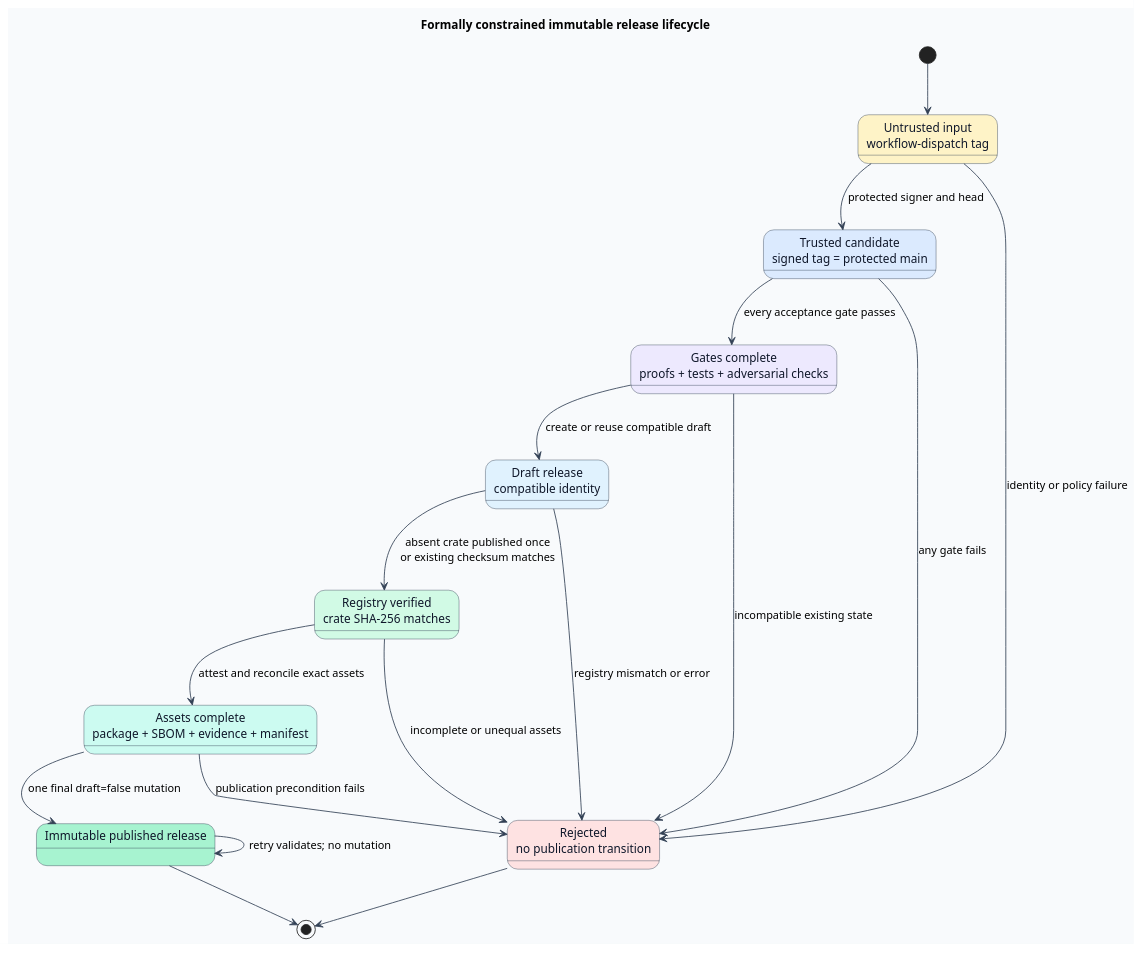
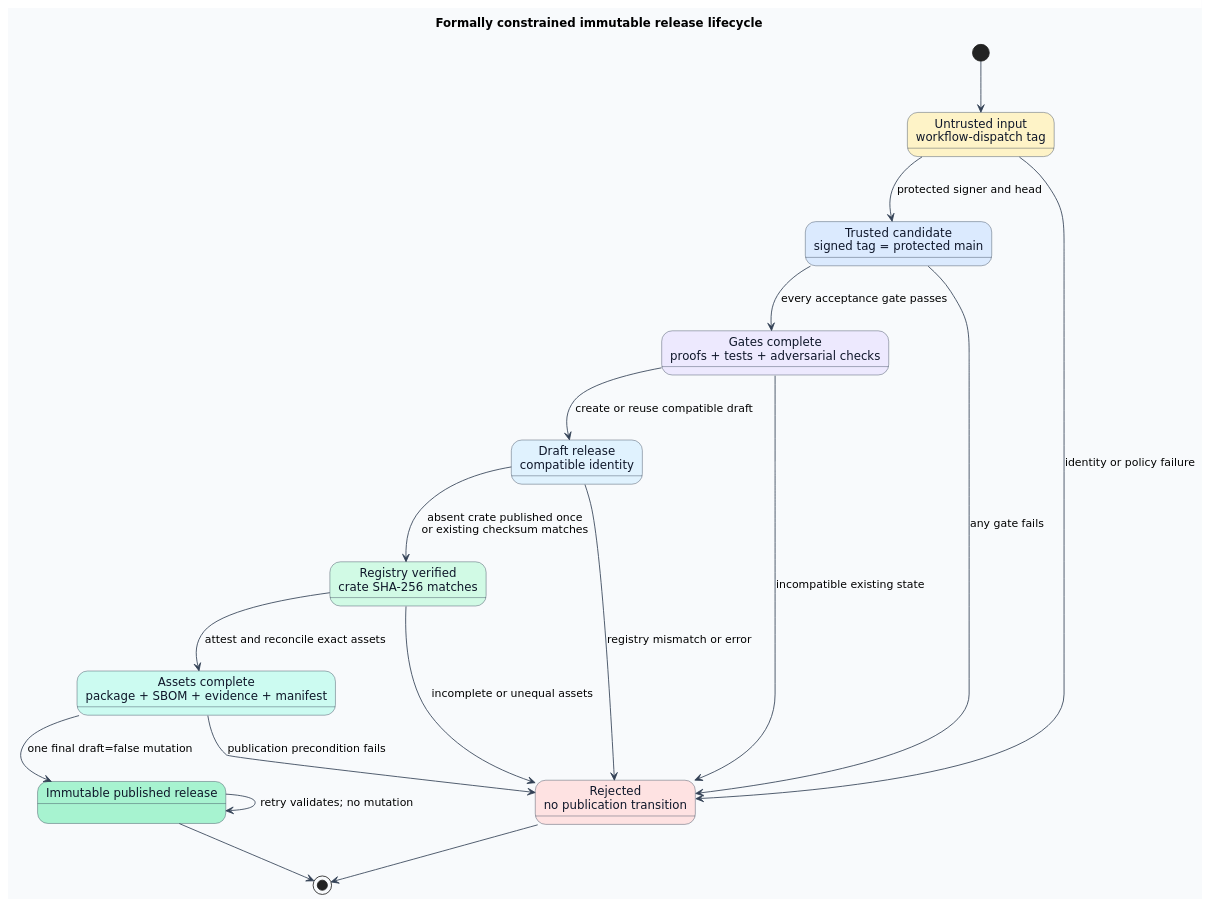
The diagram in docs/diagrams/release-machine.puml (vinary-tree/libvgraph-interop), drawn with PlantUML before and after one commit. The commit also changed 3 other files, not shown here.

Commit message:
docs: pin deterministic diagram font

```diff
--- a/docs/diagrams/release-machine.puml
+++ b/docs/diagrams/release-machine.puml
@@ -1,37 +1,38 @@
 @startuml release-machine
 title Formally constrained immutable release lifecycle
 skinparam backgroundColor #F8FAFC
 skinparam shadowing false
+skinparam defaultFontName DejaVu Sans
 skinparam state {
   BackgroundColor #E0F2FE
   BorderColor #334155
   FontColor #0F172A
   ArrowColor #334155
 }
 
 state "Untrusted input\nworkflow-dispatch tag" as Input #FEF3C7
 state "Trusted candidate\nsigned tag = protected main" as Trusted #DBEAFE
 state "Gates complete\nproofs + tests + adversarial checks" as Gated #EDE9FE
 state "Draft release\ncompatible identity" as Draft #E0F2FE
 state "Registry verified\ncrate SHA-256 matches" as Registry #D1FAE5
 state "Assets complete\npackage + SBOM + evidence + manifest" as Assets #CCFBF1
 state "Immutable published release" as Published #A7F3D0
 state "Rejected\nno publication transition" as Rejected #FEE2E2
 
 [*] --> Input
 Input --> Trusted : protected signer and head
 Input --> Rejected : identity or policy failure
 Trusted --> Gated : every acceptance gate passes
 Trusted --> Rejected : any gate fails
 Gated --> Draft : create or reuse compatible draft
 Gated --> Rejected : incompatible existing state
 Draft --> Registry : absent crate published once\nor existing checksum matches
 Draft --> Rejected : registry mismatch or error
 Registry --> Assets : attest and reconcile exact assets
 Registry --> Rejected : incomplete or unequal assets
 Assets --> Published : one final draft=false mutation
 Assets --> Rejected : publication precondition fails
 Published --> Published : retry validates; no mutation
 Rejected --> [*]
 Published --> [*]
 @enduml
```
